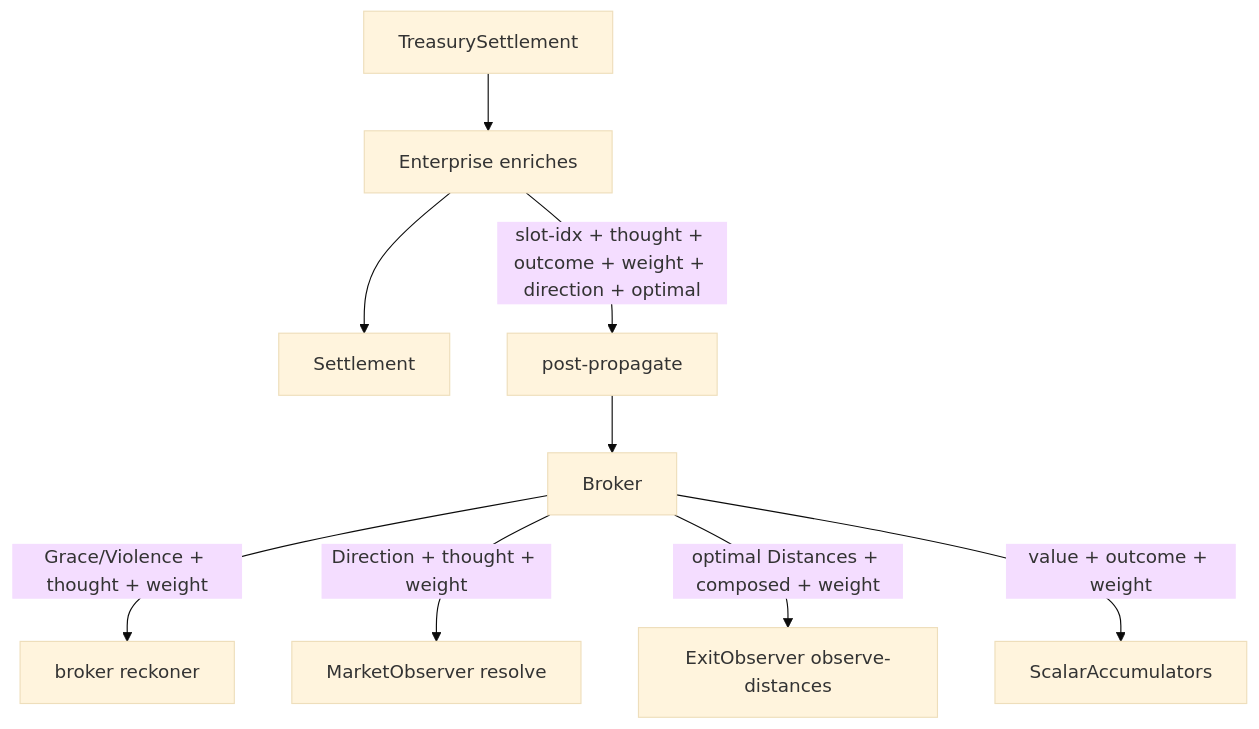
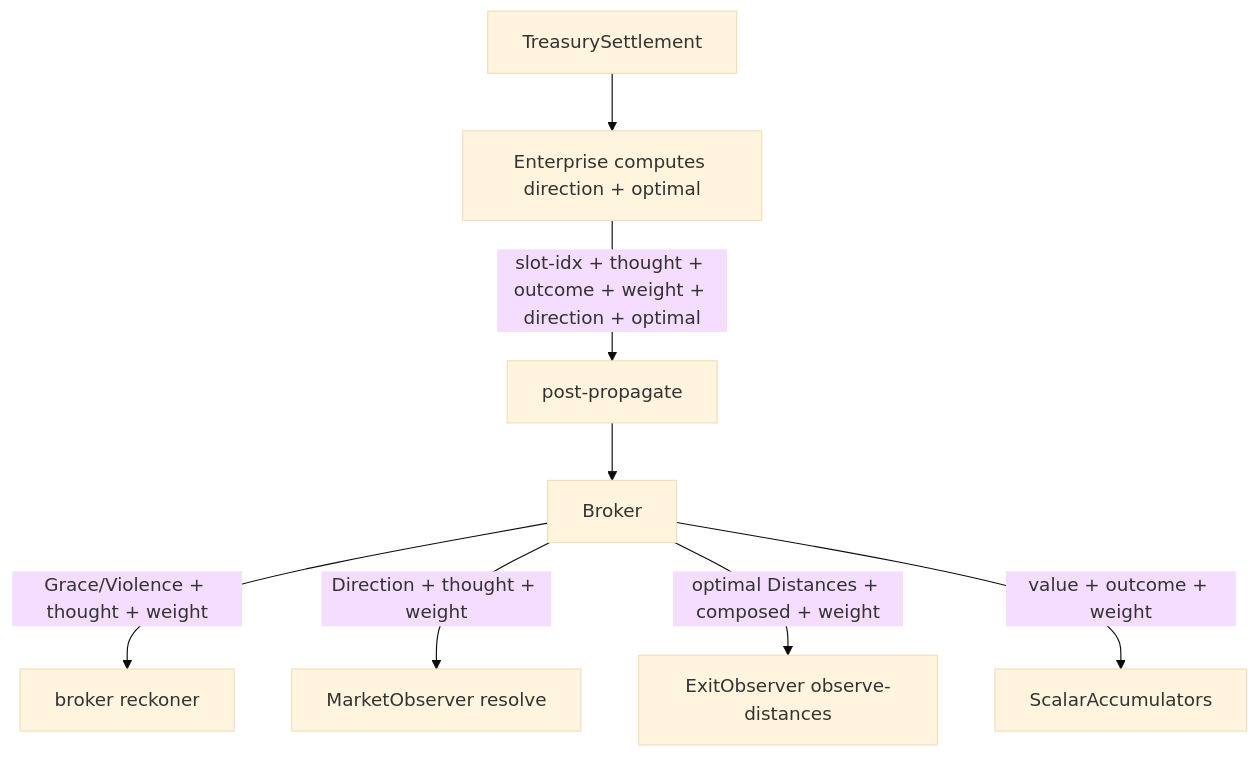
One commit to watmin/holon-lab-trading changed the seventh of 8 diagrams in wat/CIRCUIT.md. Above: the diagram before and after it, drawn with Mermaid (base theme). The commit also changed other lines of this file, not shown here.

First line of the commit message:
wat: CIRCUIT — Settlement struct dissolved from diagrams

````diff
--- a/wat/CIRCUIT.md
+++ b/wat/CIRCUIT.md
@@ -205,11 +205,10 @@
 ```mermaid
 graph TD
-    TS[TreasurySettlement] --> EN[Enterprise enriches]
-    EN --> SET[Settlement]
+    TS[TreasurySettlement] --> EN[Enterprise computes direction + optimal]
     EN -->|slot-idx + thought + outcome + weight + direction + optimal| PP[post-propagate]
     PP --> BR[Broker]
     BR -->|Grace/Violence + thought + weight| BRK[broker reckoner]
     BR -->|Direction + thought + weight| MO[MarketObserver resolve]
     BR -->|optimal Distances + composed + weight| EO[ExitObserver observe-distances]
     BR -->|value + outcome + weight| SA[ScalarAccumulators]
 ```
````
